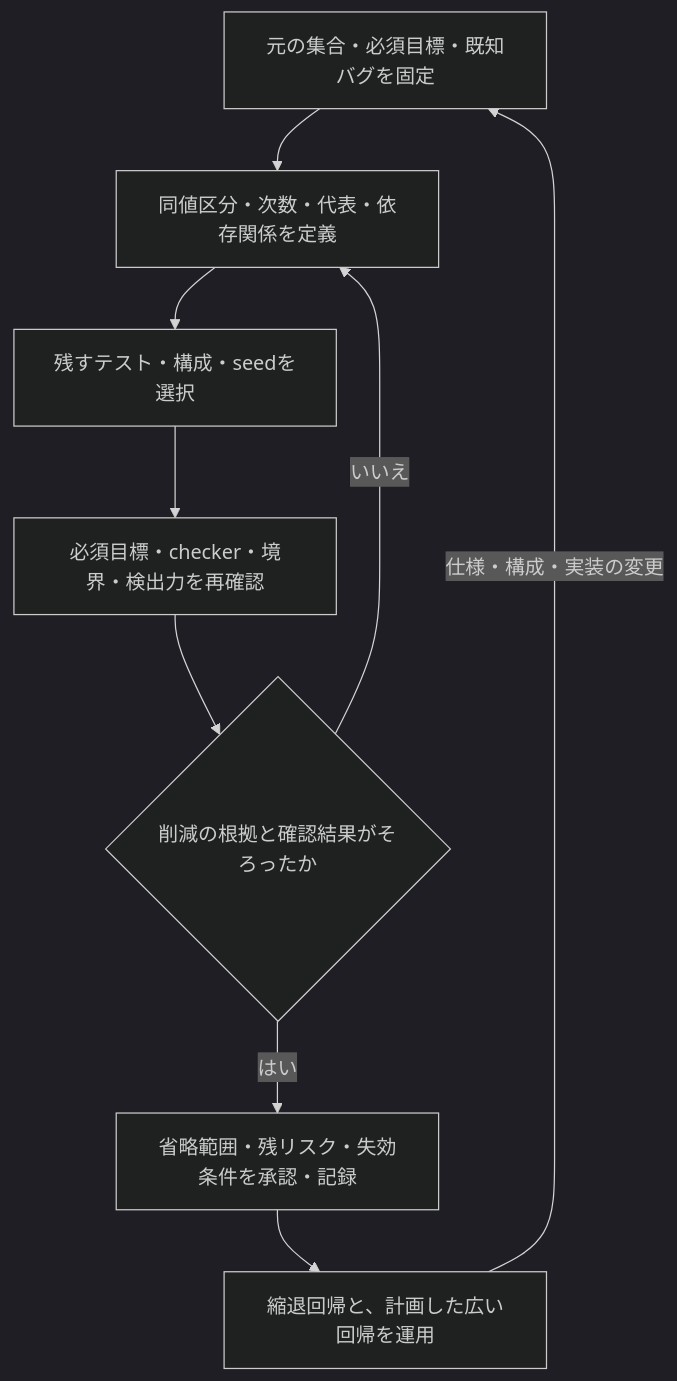
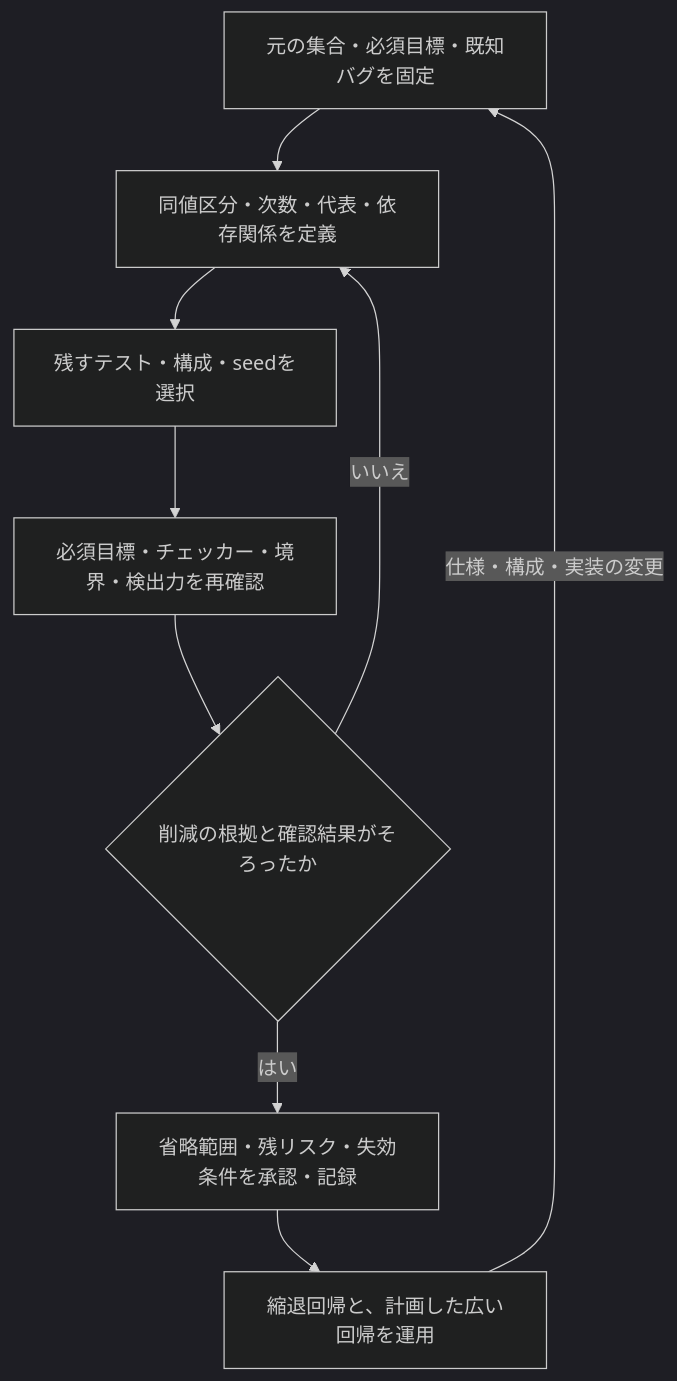
The diagram in docs/method/verification-reduction.md (kurochan001/lsi-verification-method), drawn with Mermaid (dark theme) before and after one commit. The commit also changed other lines of this file and 26 other files, not shown here.

````diff
--- a/docs/method/verification-reduction.md
+++ b/docs/method/verification-reduction.md
@@ -123,13 +123,13 @@
 ```mermaid
 flowchart TD
   accTitle: 必須目標を維持しながら検証規模を縮退する
   accDescr: 元の対象と必須目標を固定し、代表化の根拠と残す検査を決める。削減後の網羅と検出力を確認し、不足があれば選択を見直す。
   F["元の集合・必須目標・既知バグを固定"] --> R["同値区分・次数・代表・依存関係を定義"]
   R --> S["残すテスト・構成・seedを選択"]
-  S --> V["必須目標・checker・境界・検出力を再確認"]
+  S --> V["必須目標・チェッカー・境界・検出力を再確認"]
   V --> J{"削減の根拠と確認結果がそろったか"}
   J -- "いいえ" --> R
   J -- "はい" --> P["省略範囲・残リスク・失効条件を承認・記録"]
   P --> E["縮退回帰と、計画した広い回帰を運用"]
   E -- "仕様・構成・実装の変更" --> F
 ```
````
